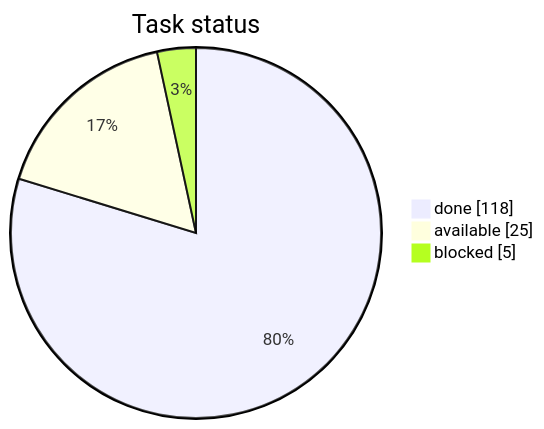
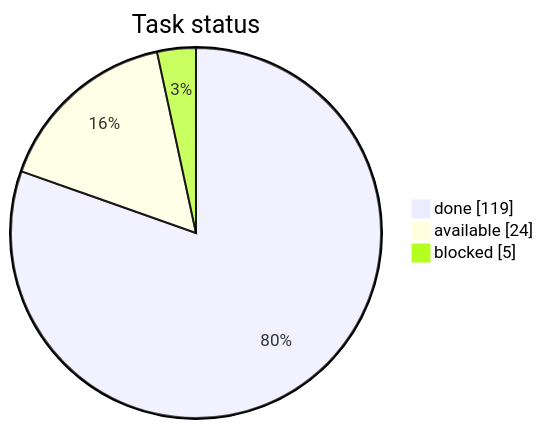
One commit to artemiiShabanov/RallyRivals changed the first of 3 diagrams in STATUS.md. Above: the diagram before and after it, drawn with Mermaid. The commit also changed other lines of this file and 6 other files, not shown here.

````diff
--- a/STATUS.md
+++ b/STATUS.md
@@ -7,7 +7,7 @@
 ```mermaid
 pie showData
     title Task status
-    "done" : 118
-    "available" : 25
+    "done" : 119
+    "available" : 24
     "blocked" : 5
 ```
````
